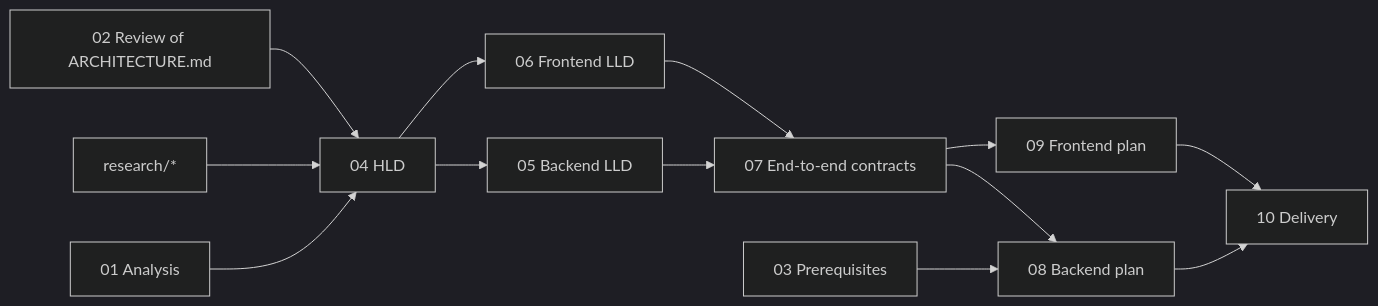
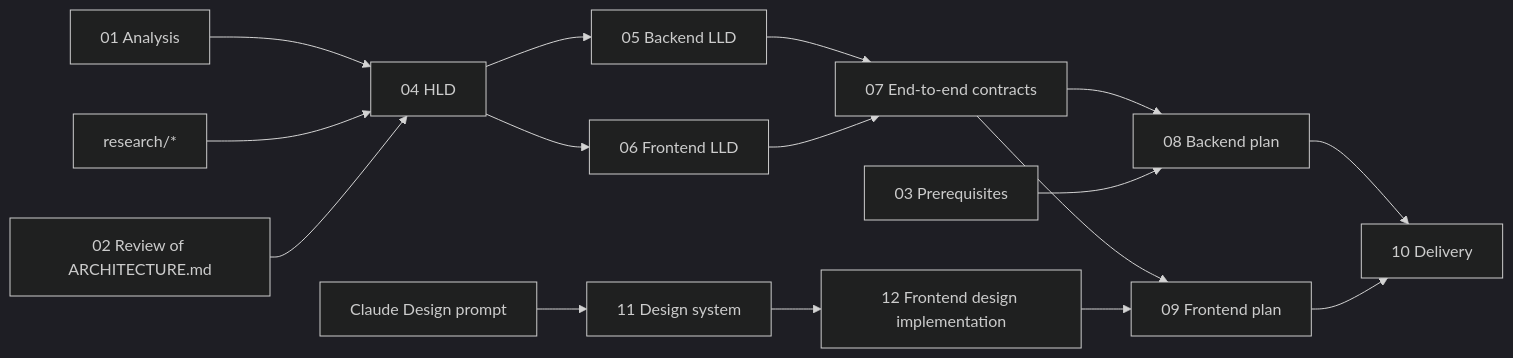
One commit to adityabhatia17/genesis-assignment changed the diagram in docs/00-index.md. Above: the diagram before and after it, drawn with Mermaid (dark theme). The commit also changed other lines of this file and 69 other files, not shown here.

````diff
--- a/docs/00-index.md
+++ b/docs/00-index.md
@@ -27,15 +29,18 @@
 ```mermaid
 flowchart LR
   A[01 Analysis] --> H[04 HLD]
   R[research/*] --> H
   RV[02 Review of ARCHITECTURE.md] --> H
   H --> B[05 Backend LLD]
   H --> F[06 Frontend LLD]
   B --> E[07 End-to-end contracts]
   F --> E
   E --> BP[08 Backend plan]
   E --> FP[09 Frontend plan]
   P[03 Prerequisites] --> BP
   BP --> D[10 Delivery]
   FP --> D
+  PR[Claude Design prompt] --> DS[11 Design system]
+  DS --> DI[12 Frontend design implementation]
+  DI --> FP
 ```
````
